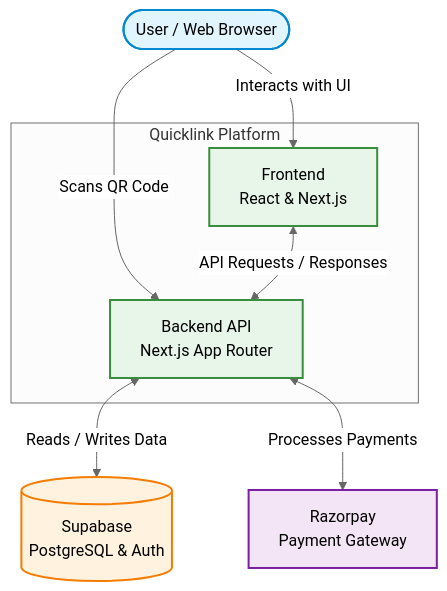
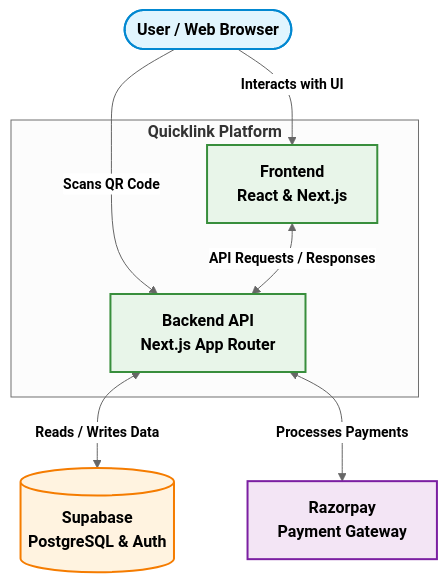
One commit to RaghuBharathi3/QuickLink changed the diagram in architecture.md. Above: the diagram before and after it, drawn with Mermaid (neutral theme).

Commit message:
Update architecture diagram text to be bolder for better visibility

````diff
--- a/architecture.md
+++ b/architecture.md
@@ -5,28 +5,29 @@
 ```mermaid
 graph TD
     %% Define Styles
-    classDef client fill:#e1f5fe,stroke:#0288d1,stroke-width:2px;
-    classDef frontend fill:#e8f5e9,stroke:#388e3c,stroke-width:2px;
-    classDef backend fill:#fff3e0,stroke:#f57c00,stroke-width:2px;
-    classDef external fill:#f3e5f5,stroke:#7b1fa2,stroke-width:2px;
+    classDef client fill:#e1f5fe,stroke:#0288d1,stroke-width:2px,color:#000000,font-weight:bold,font-size:16px;
+    classDef frontend fill:#e8f5e9,stroke:#388e3c,stroke-width:2px,color:#000000,font-weight:bold,font-size:16px;
+    classDef backend fill:#fff3e0,stroke:#f57c00,stroke-width:2px,color:#000000,font-weight:bold,font-size:16px;
+    classDef external fill:#f3e5f5,stroke:#7b1fa2,stroke-width:2px,color:#000000,font-weight:bold,font-size:16px;
+    classDef edgeLabel font-weight:bold,color:#000000,font-size:14px;
 
     %% Nodes
-    User([User / Web Browser]):::client
+    User([<b>User / Web Browser</b>]):::client
     
-    subgraph Quicklink_Platform [Quicklink Platform]
-        UI[Frontend <br/> React & Next.js]:::frontend
-        API[Backend API <br/> Next.js App Router]:::frontend
+    subgraph Quicklink_Platform [<b>Quicklink Platform</b>]
+        UI[<b>Frontend</b> <br/> React & Next.js]:::frontend
+        API[<b>Backend API</b> <br/> Next.js App Router]:::frontend
     end
 
-    DB[(Supabase <br/> PostgreSQL & Auth)]:::backend
-    Payments[Razorpay <br/> Payment Gateway]:::external
+    DB[(<b>Supabase</b> <br/> PostgreSQL & Auth)]:::backend
+    Payments[<b>Razorpay</b> <br/> Payment Gateway]:::external
 
     %% Connections
-    User -->|Interacts with UI| UI
-    User -->|Scans QR Code| API
+    User -->|<b>Interacts with UI</b>| UI
+    User -->|<b>Scans QR Code</b>| API
     
-    UI <-->|API Requests / Responses| API
+    UI <-->|<b>API Requests / Responses</b>| API
     
-    API <-->|Reads / Writes Data| DB
-    API <-->|Processes Payments| Payments
+    API <-->|<b>Reads / Writes Data</b>| DB
+    API <-->|<b>Processes Payments</b>| Payments
 ```
````
